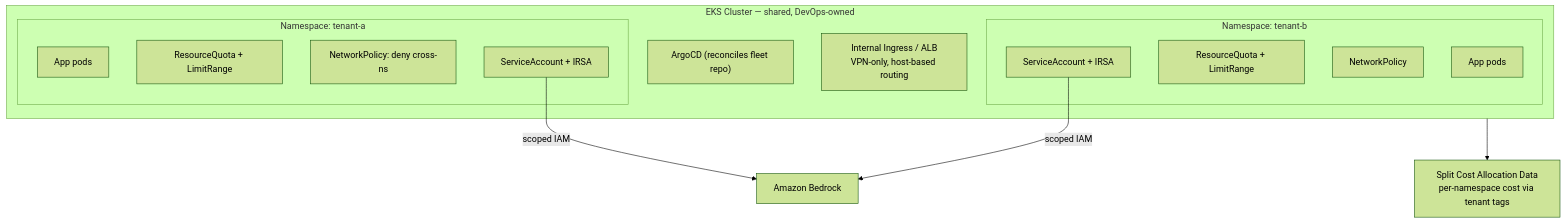
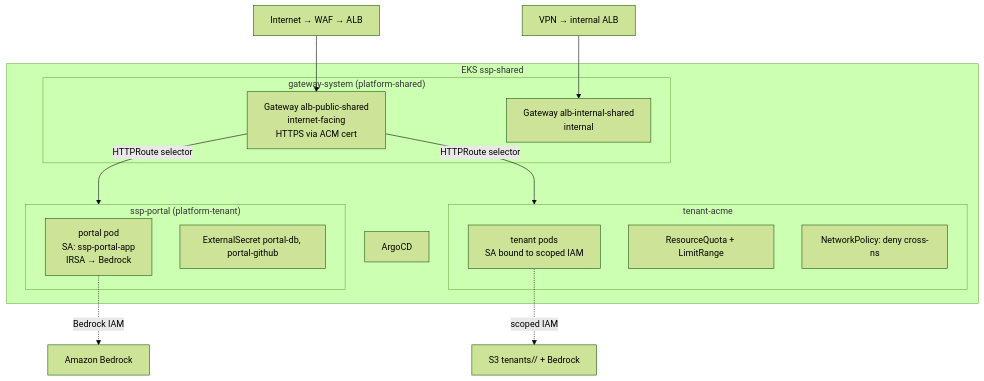
The fourth of 4 diagrams in docs/architecture.md (nguyenhoangnam123/alice-ssp), drawn with Mermaid (forest theme) before and after one commit. The commit also changed other lines of this file, not shown here.

Commit message:
docs/architecture.md: write the new content (previous commit missed the diff)

````diff
--- a/docs/architecture.md
+++ b/docs/architecture.md
@@ -178,28 +180,29 @@
 ```mermaid
 flowchart TB
-  subgraph Cluster["EKS Cluster — shared, DevOps-owned"]
-    AR["ArgoCD (reconciles fleet repo)"]
-    ING["Internal Ingress / ALB<br/>VPN-only, host-based routing"]
+  subgraph Cluster["EKS ssp-shared"]
+    Arg["ArgoCD"]
 
-    subgraph NSA["Namespace: tenant-a"]
-      PA["App pods"]
-      QA["ResourceQuota + LimitRange"]
-      NPA["NetworkPolicy: deny cross-ns"]
-      SAA["ServiceAccount + IRSA"]
+    subgraph GW["gateway-system (platform-shared)"]
+      Gpub["Gateway alb-public-shared<br/>internet-facing<br/>HTTPS via ACM cert"]
+      Gint["Gateway alb-internal-shared<br/>internal"]
     end
 
-    subgraph NSB["Namespace: tenant-b"]
-      PB["App pods"]
-      QB["ResourceQuota + LimitRange"]
-      NPB["NetworkPolicy"]
-      SAB["ServiceAccount + IRSA"]
+    subgraph SP["ssp-portal (platform-tenant)"]
+      Pod1["portal pod<br/>SA: ssp-portal-app<br/>IRSA → Bedrock"]
+      ES1["ExternalSecret portal-db, portal-github"]
+    end
+
+    subgraph TA["tenant-acme"]
+      Pod2["tenant pods<br/>SA bound to scoped IAM"]
+      Quota["ResourceQuota + LimitRange"]
+      NetPol["NetworkPolicy: deny cross-ns"]
     end
   end
 
-  BR["Amazon Bedrock"]
-  COST["Split Cost Allocation Data<br/>per-namespace cost via tenant tags"]
-
-  SAA -->|"scoped IAM"| BR
-  SAB -->|"scoped IAM"| BR
-  Cluster --> COST
+  Front["Internet → WAF → ALB"] --> Gpub
+  Vpn["VPN → internal ALB"] --> Gint
+  Gpub -->|HTTPRoute selector| SP
+  Gpub -->|HTTPRoute selector| TA
+  Pod1 -.->|Bedrock IAM| AWS[Amazon Bedrock]
+  Pod2 -.->|scoped IAM| AWS2[S3 tenants/<id>/ + Bedrock]
 ```
````
